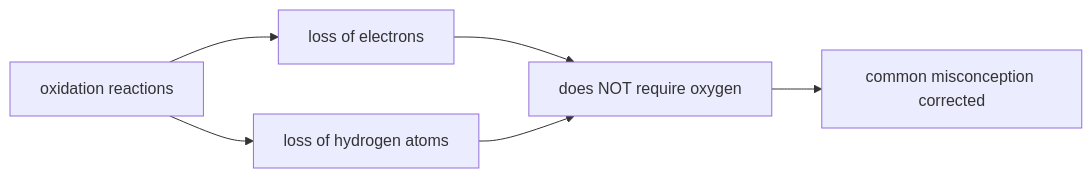
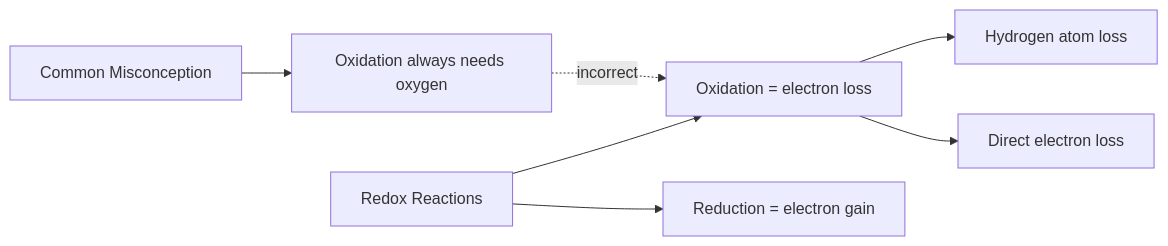
The fifth of 13 diagrams in tests/fixtures/golden/bse-ch3-expected/bse-ch3.md (shosho-chang/nakama), drawn with Mermaid before and after one commit. The commit also changed other lines of this file and 150 other files, not shown here.

````diff
--- a/tests/fixtures/golden/bse-ch3-expected/bse-ch3.md
+++ b/tests/fixtures/golden/bse-ch3-expected/bse-ch3.md
@@ -1010,8 +1010,9 @@
 ```mermaid
 flowchart LR
-  A[oxidation reactions] --> B[loss of electrons]
-  A --> C[loss of hydrogen atoms]
-  B --> D[does NOT require oxygen]
-  C --> D
-  D --> E[common misconception corrected]
+  Misconception[Common Misconception] --> OxygenRequired[Oxidation always needs oxygen]
+  OxygenRequired -.->|incorrect| ActualOxidation[Oxidation = electron loss]
+  ActualOxidation --> HydrogenLoss[Hydrogen atom loss]
+  ActualOxidation --> DirectElectronLoss[Direct electron loss]
+  Redox[Redox Reactions] --> ActualOxidation
+  Redox --> Reduction[Reduction = electron gain]
 ```
````
